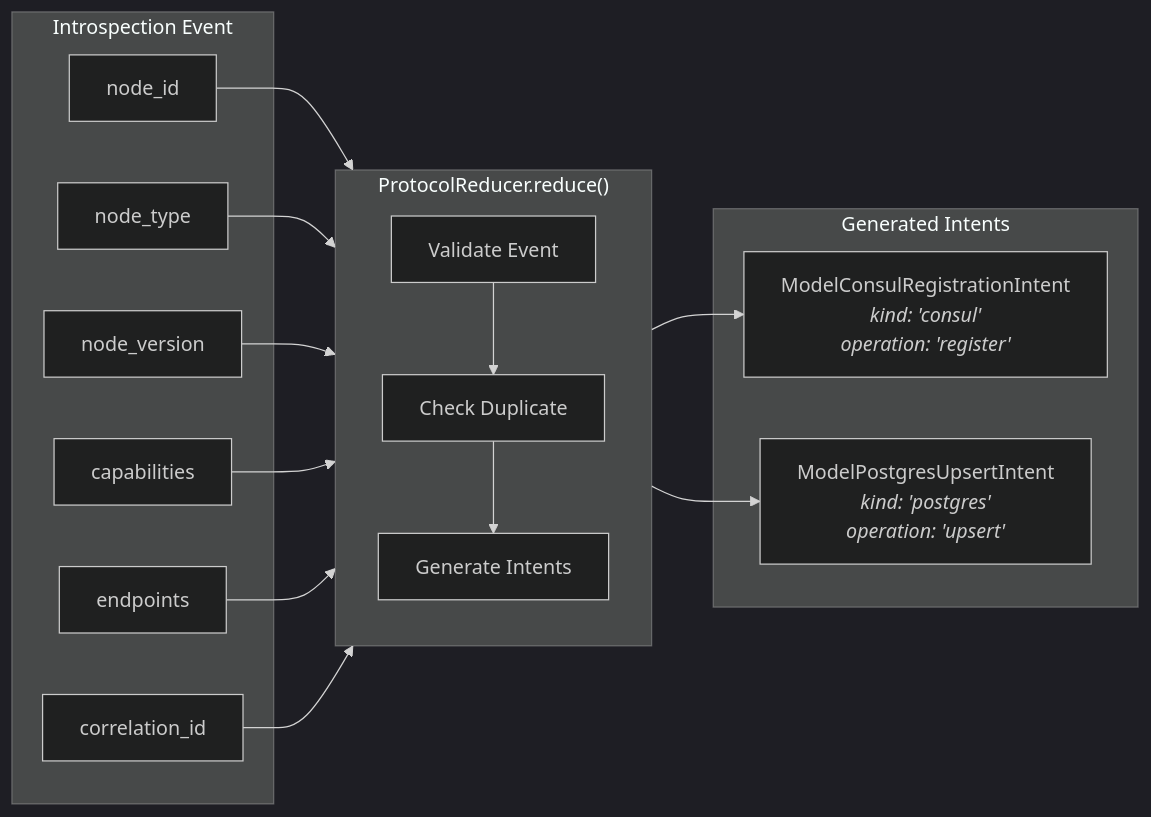
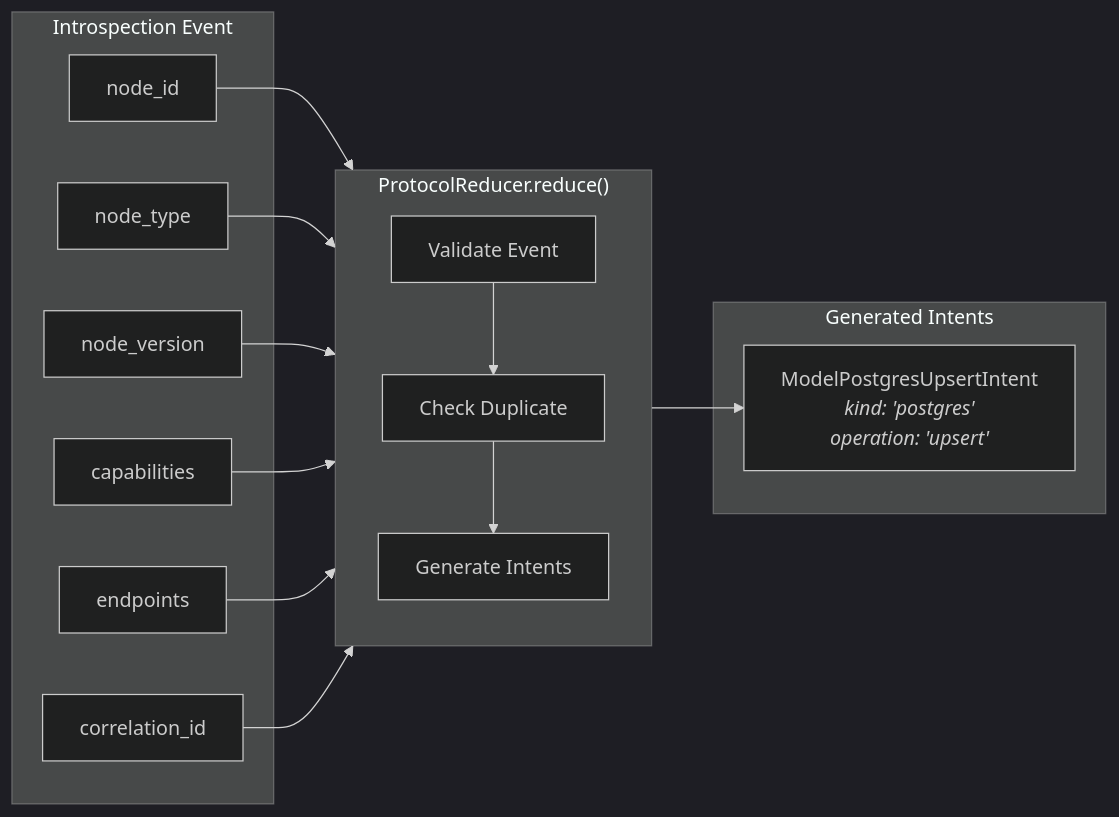
The fourth of 7 diagrams in src/omnibase_infra/nodes/node_registration_orchestrator/README.md (OmniNode-ai/omnibase_infra), drawn with Mermaid (dark theme) before and after one commit. The commit also changed other lines of this file and 7 other files, not shown here.

````diff
--- a/src/omnibase_infra/nodes/node_registration_orchestrator/README.md
+++ b/src/omnibase_infra/nodes/node_registration_orchestrator/README.md
@@ -158,36 +149,34 @@
 ```mermaid
 flowchart LR
     subgraph Input["Introspection Event"]
         NID[node_id]
         NT[node_type]
         NV[node_version]
         CAP[capabilities]
         EP[endpoints]
         CID[correlation_id]
     end
 
     subgraph Reducer["ProtocolReducer.reduce()"]
         direction TB
         VAL[Validate Event]
         DUP[Check Duplicate]
         GEN[Generate Intents]
     end
 
     subgraph Intents["Generated Intents"]
-        CI["ModelConsulRegistrationIntent<br/><i>kind: 'consul'</i><br/><i>operation: 'register'</i>"]
         PI["ModelPostgresUpsertIntent<br/><i>kind: 'postgres'</i><br/><i>operation: 'upsert'</i>"]
     end
 
     NID --> VAL
     NT --> VAL
     NV --> VAL
     CAP --> VAL
     EP --> VAL
     CID --> VAL
 
     VAL --> DUP
     DUP --> GEN
 
-    GEN --> CI
     GEN --> PI
 ```
````
